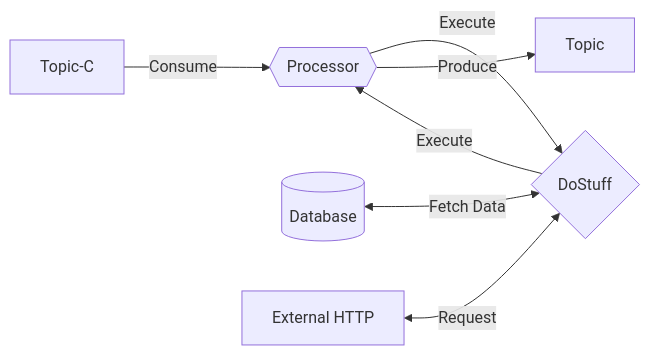
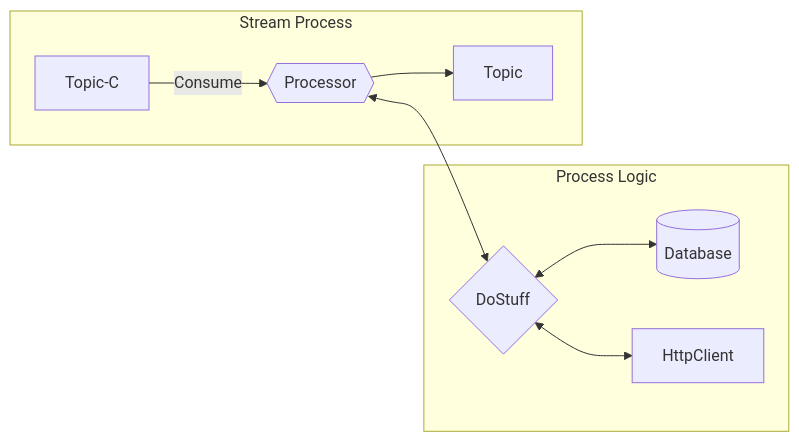
The third of 5 diagrams in README.md (pmdevers/MinimalKafka), drawn with Mermaid before and after one commit. The commit also changed other lines of this file, not shown here.

Commit message:
Split Process

````diff
--- a/README.md
+++ b/README.md
@@ -112,10 +112,16 @@
 ```mermaid
 flowchart LR
-    A[Topic-C] -->|Consume| B
-    B{{Processor}} --> |Execute| C
-    C{DoStuff} --> |Execute| B
-    D[(Database)] <--> |Fetch Data| C
-    E[External HTTP] <-->|Request| C
-    
-    B -->  |Produce| F[Topic]
+
+subgraph Process Logic
+    Logic{DoStuff} <--> Database[(Database)]
+    Logic <--> HttpClient    
+end
+
+subgraph Stream Process
+    Consumer[Topic-C] -->|Consume| Processor
+    Processor{{Processor}} --> Producer
+    Producer[Topic]
+end
+
+Processor <--> Logic
 ```
````
